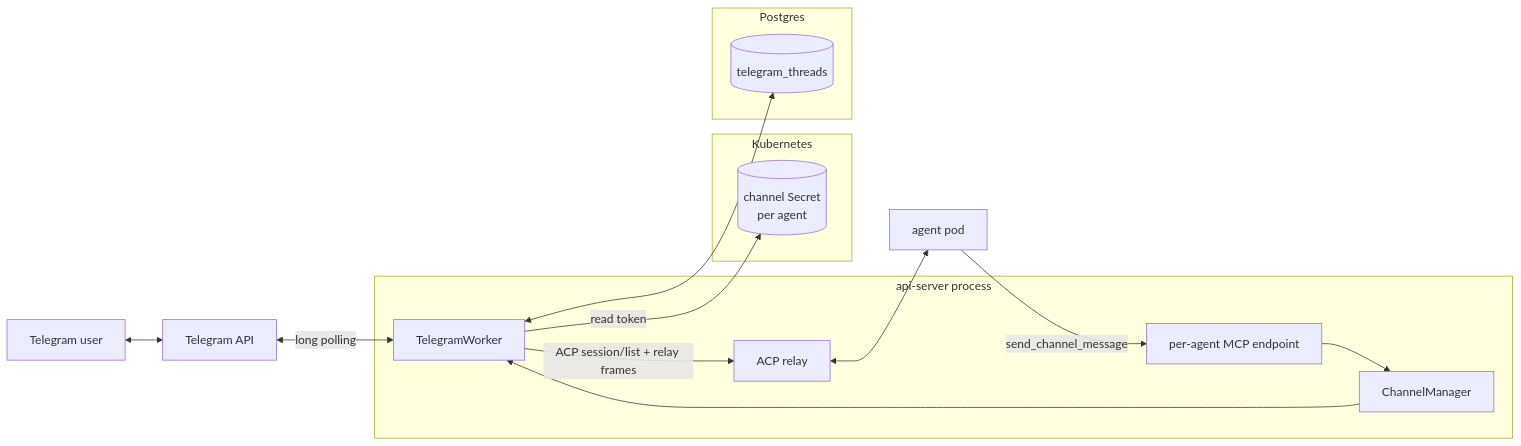
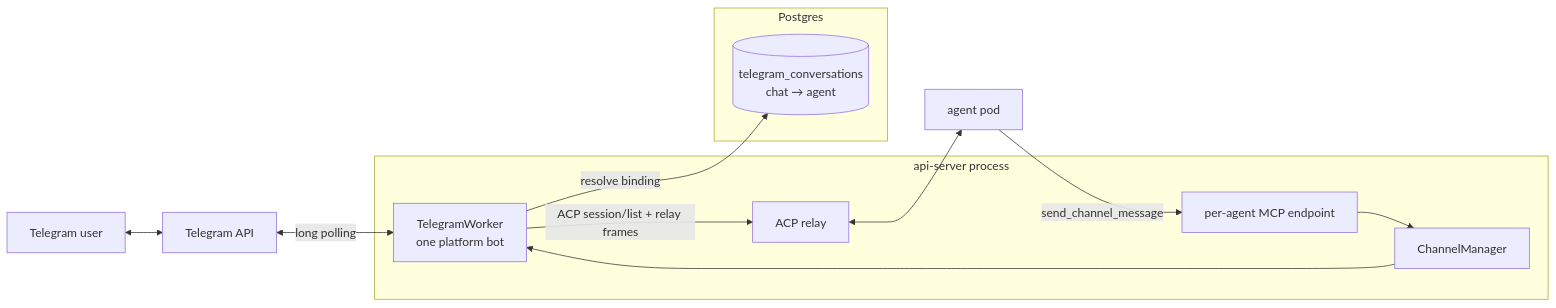
One commit to dam-agents/dam changed the second of 4 diagrams in docs/architecture/channels.md. Above: the diagram before and after it, drawn with Mermaid. The commit also changed other lines of this file and 7 other files, not shown here.

First line of the commit message:
chore(helm),docs: platform Telegram bot token + doc updates

````diff
--- a/docs/architecture/channels.md
+++ b/docs/architecture/channels.md
@@ -63,32 +63,27 @@
 ```mermaid
 flowchart LR
   TU[Telegram user]
   TAPI[Telegram API]
 
   subgraph api-server[api-server process]
     CM[ChannelManager]
-    TW[TelegramWorker]
+    TW[TelegramWorker<br/>one platform bot]
     MCP[per-agent MCP endpoint]
     REL[ACP relay]
   end
 
-  subgraph K8s[Kubernetes]
-    SEC[(channel Secret<br/>per agent)]
-  end
-
   subgraph DB[Postgres]
-    AUT[(telegram_threads)]
+    BND[(telegram_conversations<br/>chat → agent)]
   end
 
   POD[agent pod]
 
   TU <--> TAPI
   TAPI <-- long polling --> TW
   CM --> TW
-  TW -- read token --> SEC
-  TW <--> AUT
+  TW -- resolve binding --> BND
   TW -- ACP session/list + relay frames --> REL
   REL <--> POD
   POD -- send_channel_message --> MCP
   MCP --> CM
 ```
````
